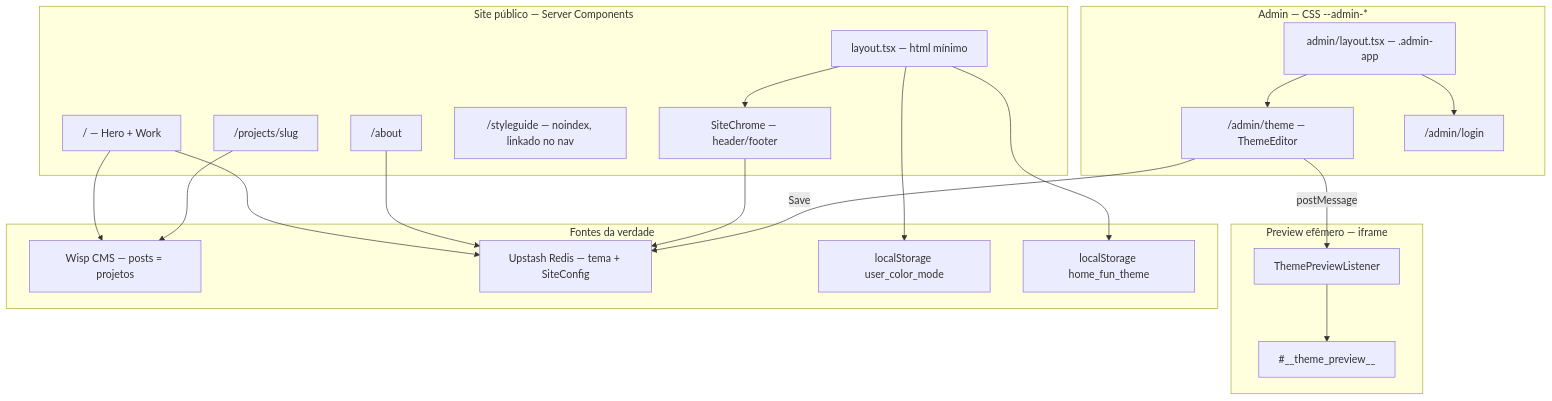
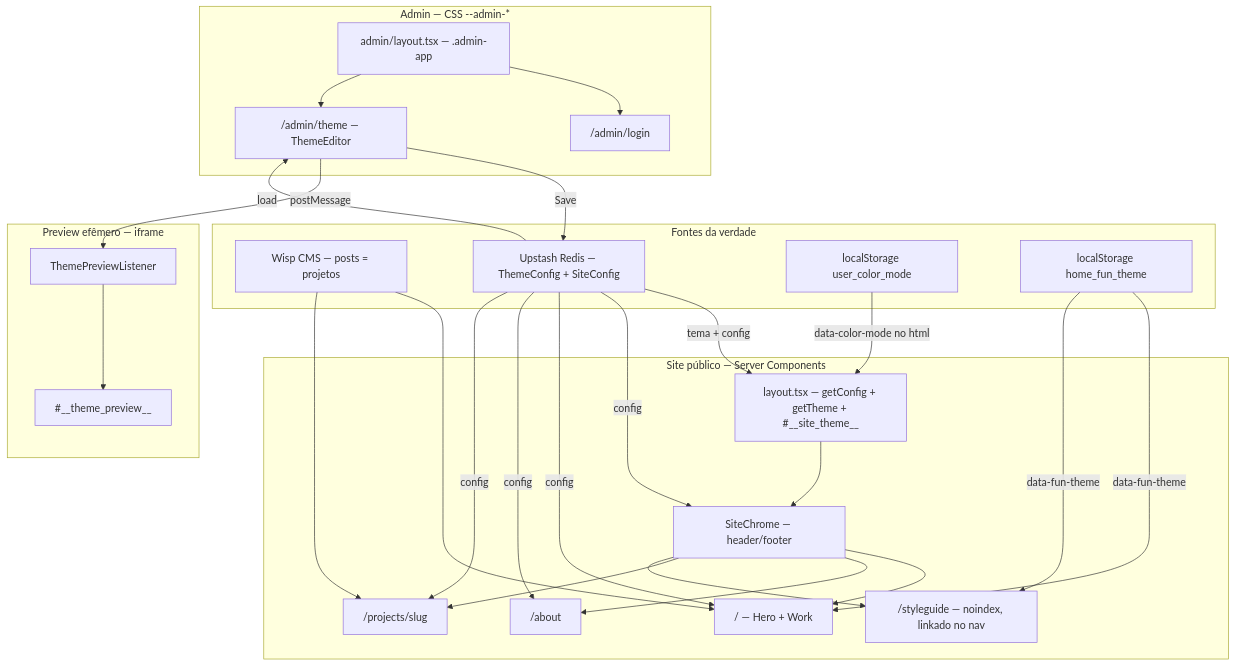
The diagram in docs/HANDOFF.md (juliasakakibara/test-wisp), drawn with Mermaid before and after one commit. The commit also changed other lines of this file and 1 other file, not shown here.

Commit message:
Fix data-architecture Mermaid to match real read/write flows.
Show Redis via root layout, Wisp on home and projects, Fun on home/styleguide, and ThemeEditor load+Save.

````diff
--- a/docs/HANDOFF.md
+++ b/docs/HANDOFF.md
@@ -56,43 +58,55 @@
 ```mermaid
 flowchart TB
   subgraph public [Site público — Server Components]
+    RootLayout["layout.tsx — getConfig + getTheme + #__site_theme__"]
+    SiteChrome["SiteChrome — header/footer"]
     Home["/ — Hero + Work"]
     About["/about"]
     Project["/projects/slug"]
     StyleGuide["/styleguide — noindex, linkado no nav"]
-    RootLayout["layout.tsx — html mínimo"]
-    SiteChrome["SiteChrome — header/footer"]
   end
 
   subgraph admin [Admin — CSS --admin-*]
     AdminLayout["admin/layout.tsx — .admin-app"]
     ThemeEditor["/admin/theme — ThemeEditor"]
     Login["/admin/login"]
   end
 
   subgraph preview [Preview efêmero — iframe]
     Listener["ThemePreviewListener"]
     StyleTag["#__theme_preview__"]
   end
 
   subgraph sources [Fontes da verdade]
     Wisp["Wisp CMS — posts = projetos"]
-    Redis["Upstash Redis — tema + SiteConfig"]
+    Redis["Upstash Redis — ThemeConfig + SiteConfig"]
     ColorMode["localStorage user_color_mode"]
     FunTheme["localStorage home_fun_theme"]
   end
 
-  Home --> Wisp
-  Home --> Redis
-  About --> Redis
-  Project --> Wisp
+  Redis -->|tema + config| RootLayout
+  Redis -->|config| SiteChrome
+  Redis -->|config| Home
+  Redis -->|config| About
+  Redis -->|config| Project
+  Redis -->|load| ThemeEditor
+  ThemeEditor -->|Save| Redis
+
+  Wisp --> Home
+  Wisp --> Project
+
+  ColorMode -->|data-color-mode no html| RootLayout
+  FunTheme -->|data-fun-theme| Home
+  FunTheme -->|data-fun-theme| StyleGuide
+
   RootLayout --> SiteChrome
-  SiteChrome --> Redis
-  ThemeEditor -->|Save| Redis
+  SiteChrome --> Home
+  SiteChrome --> About
+  SiteChrome --> Project
+  SiteChrome --> StyleGuide
+
+  AdminLayout --> Login
+  AdminLayout --> ThemeEditor
   ThemeEditor -->|postMessage| Listener
   Listener --> StyleTag
-  RootLayout --> ColorMode
-  RootLayout --> FunTheme
-  AdminLayout --> Login
-  AdminLayout --> ThemeEditor
 ```
````
